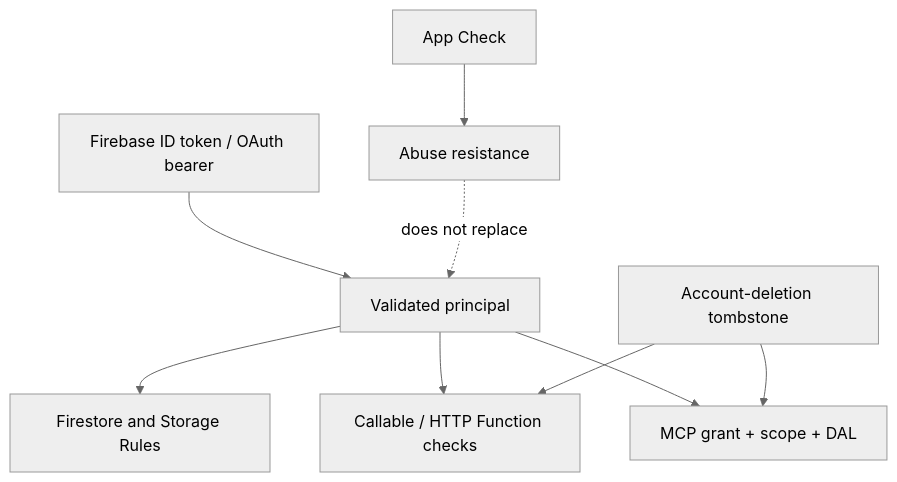
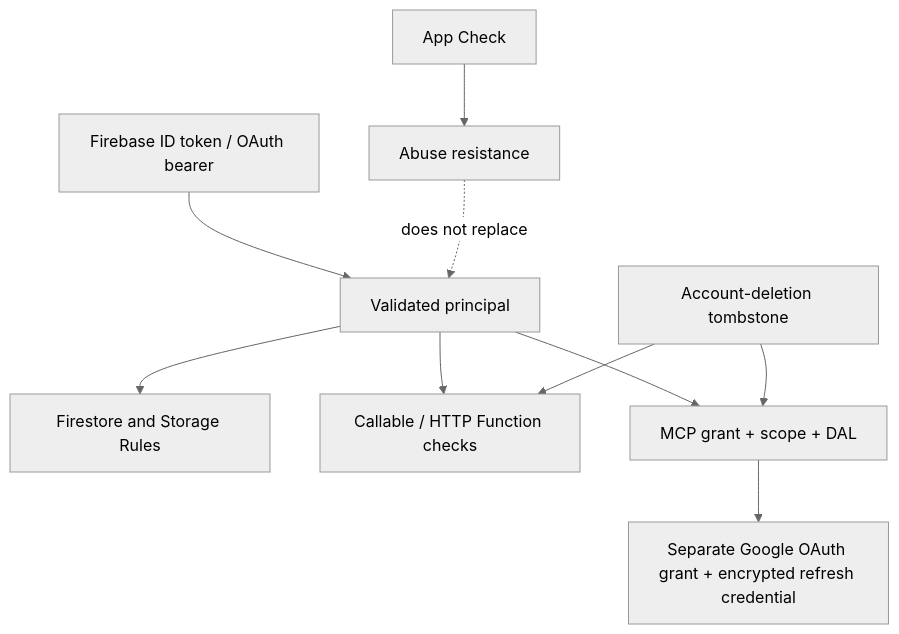
One commit to mateo-gepard/Orbit changed the diagram in SECURITY_BOUNDARY_REVIEW.md. Above: the diagram before and after it, drawn with Mermaid (neutral theme). The commit also changed other lines of this file and 34 other files, not shown here.

````diff
--- a/SECURITY_BOUNDARY_REVIEW.md
+++ b/SECURITY_BOUNDARY_REVIEW.md
@@ -13,11 +13,12 @@
 ```mermaid
 flowchart TD
   I["Firebase ID token / OAuth bearer"] --> P["Validated principal"]
   P --> R["Firestore and Storage Rules"]
   P --> F["Callable / HTTP Function checks"]
   P --> M["MCP grant + scope + DAL"]
+  M --> G["Separate Google OAuth grant + encrypted refresh credential"]
   T["Account-deletion tombstone"] --> F
   T --> M
   C["App Check"] --> A["Abuse resistance"]
   A -. "does not replace" .-> P
 ```
````
